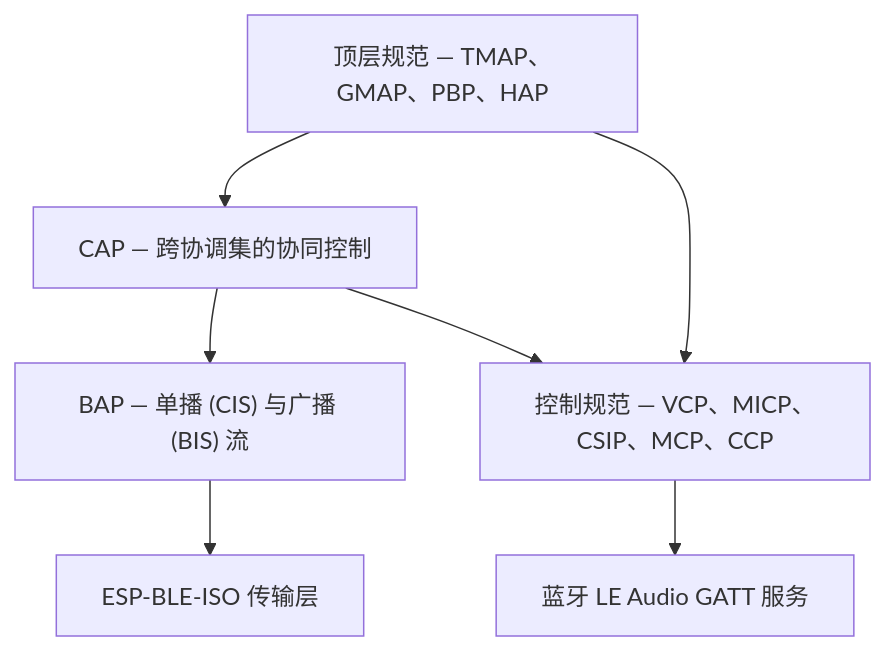
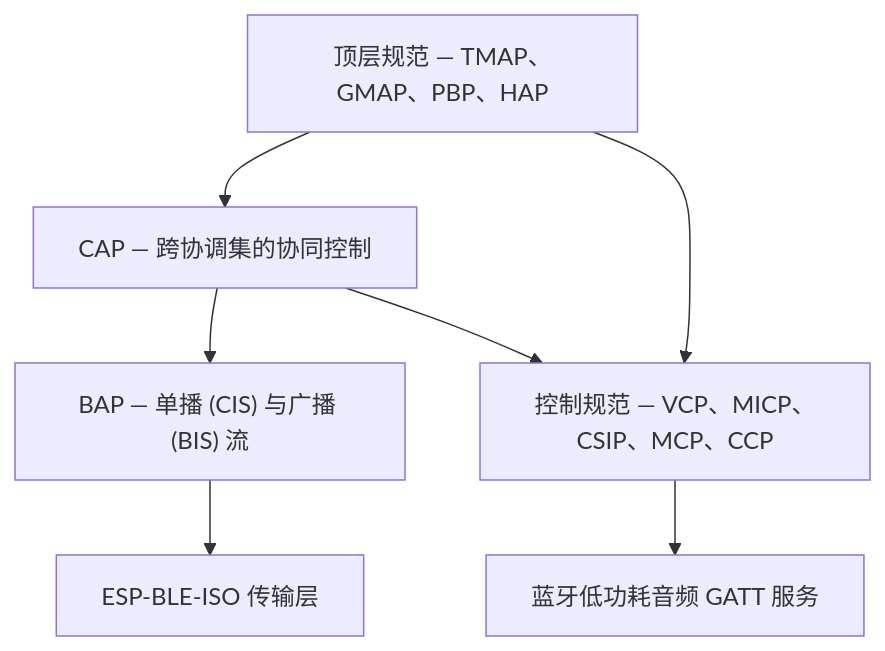
The second of 8 diagrams in docs/zh_CN/api-guides/esp-ble-audio/ble-audio-architecture-lea.rst (espressif/esp-idf), drawn with Mermaid before and after one commit. The commit also changed other lines of this file and 13 other files, not shown here.

```diff
--- a/docs/zh_CN/api-guides/esp-ble-audio/ble-audio-architecture-lea.rst
+++ b/docs/zh_CN/api-guides/esp-ble-audio/ble-audio-architecture-lea.rst
@@ -193,15 +193,15 @@
 .. mermaid::
 
    flowchart TB
        TOP["顶层规范 — TMAP、GMAP、PBP、HAP"]
        CAP["CAP — 跨协调集的协同控制"]
        CTRL["控制规范 — VCP、MICP、CSIP、MCP、CCP"]
        BAP["BAP — 单播 (CIS) 与广播 (BIS) 流"]
-       SVC["蓝牙 LE Audio GATT 服务"]
+       SVC["蓝牙低功耗音频 GATT 服务"]
        ISO["ESP-BLE-ISO 传输层"]
        TOP --> CAP
        CAP --> BAP
        CAP --> CTRL
        TOP --> CTRL
        CTRL --> SVC
        BAP --> ISO
```
